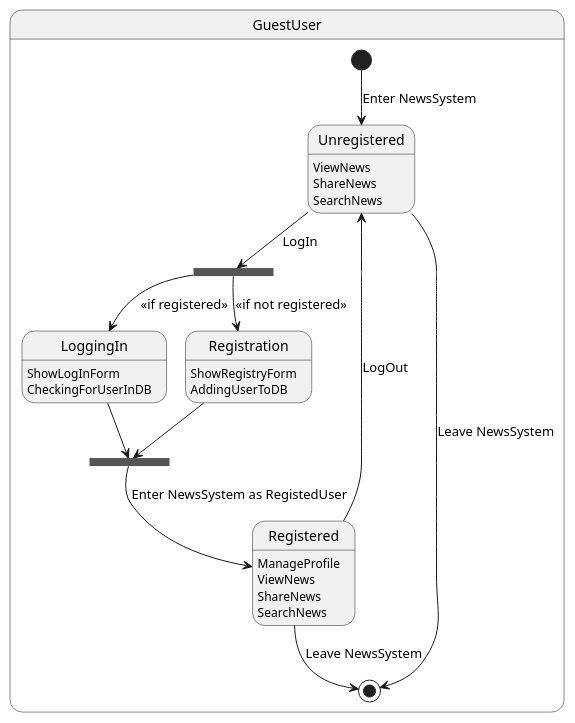
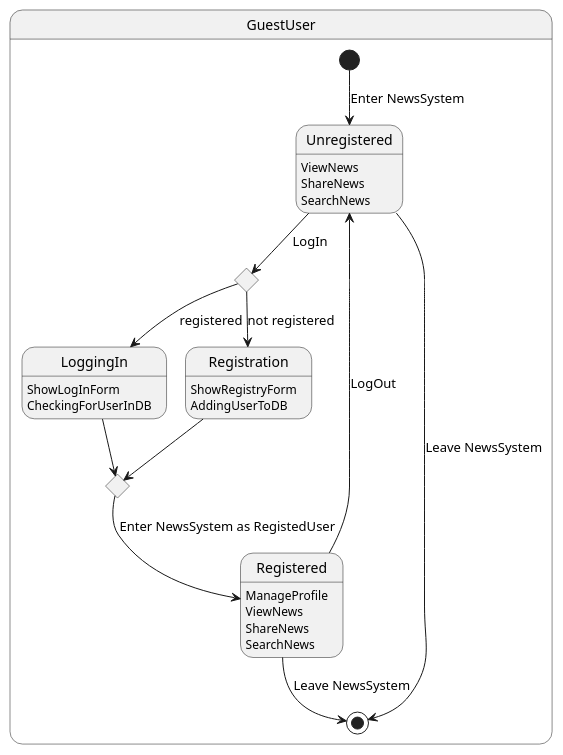
One commit to razan-mp4/SystemTheory_labs changed the diagram in lab_5/state_diagram.iuml. Above: the diagram before and after it, drawn with PlantUML.

```diff
--- a/lab_5/state_diagram.iuml
+++ b/lab_5/state_diagram.iuml
@@ -1,39 +1,39 @@
 @startuml
 
 state GuestUser {
     [*] --> Unregistered : Enter NewsSystem
 
-    state fork_state <<fork>>
-    Unregistered --> fork_state : LogIn
-    fork_state --> LoggingIn : <<if registered>>
-    fork_state --> Registration : <<if not registered>>
+    state choice_state <<choice>>
+    Unregistered --> choice_state : LogIn
+    choice_state --> LoggingIn : registered
+    choice_state --> Registration : not registered
 
-    state join_state <<join>>
+    state join_state <<choice>>
     LoggingIn --> join_state
     Registration --> join_state
     join_state --> Registered : Enter NewsSystem as RegistedUser
 
     Registered --> Unregistered: LogOut
     
     Unregistered --> [*] : Leave NewsSystem
     Registered --> [*]  : Leave NewsSystem
 
 }
 
 state Unregistered  : ViewNews
 state Unregistered  : ShareNews
 state Unregistered  : SearchNews
 
 
 state Registration : ShowRegistryForm
 state Registration : AddingUserToDB
 
 state LoggingIn : ShowLogInForm
 state LoggingIn : CheckingForUserInDB
 
 state Registered : ManageProfile
 state Registered : ViewNews
 state Registered : ShareNews
 state Registered : SearchNews
 
 @enduml
```
